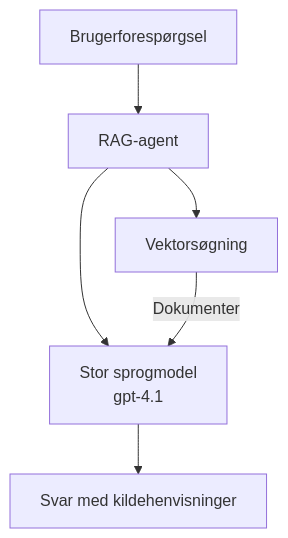
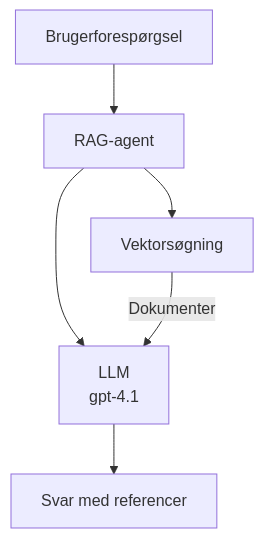
One commit to microsoft/AZD-for-beginners changed the second of 3 diagrams in translations/da/docs/chapter-02-ai-development/agents.md. Above: the diagram before and after it, drawn with Mermaid. The commit also changed other lines of this file and 104 other files, not shown here.

````diff
--- a/translations/da/docs/chapter-02-ai-development/agents.md
+++ b/translations/da/docs/chapter-02-ai-development/agents.md
@@ -175,8 +181,8 @@
 ```mermaid
 graph TD
     Query[Brugerforespørgsel] --> RAG[RAG-agent]
     RAG --> Vector[Vektorsøgning]
-    RAG --> LLM[Stor sprogmodel<br/>gpt-4.1]
+    RAG --> LLM[LLM<br/>gpt-4.1]
     Vector -- Dokumenter --> LLM
-    LLM --> Response[Svar med kildehenvisninger]
+    LLM --> Response[Svar med referencer]
 ```
````
